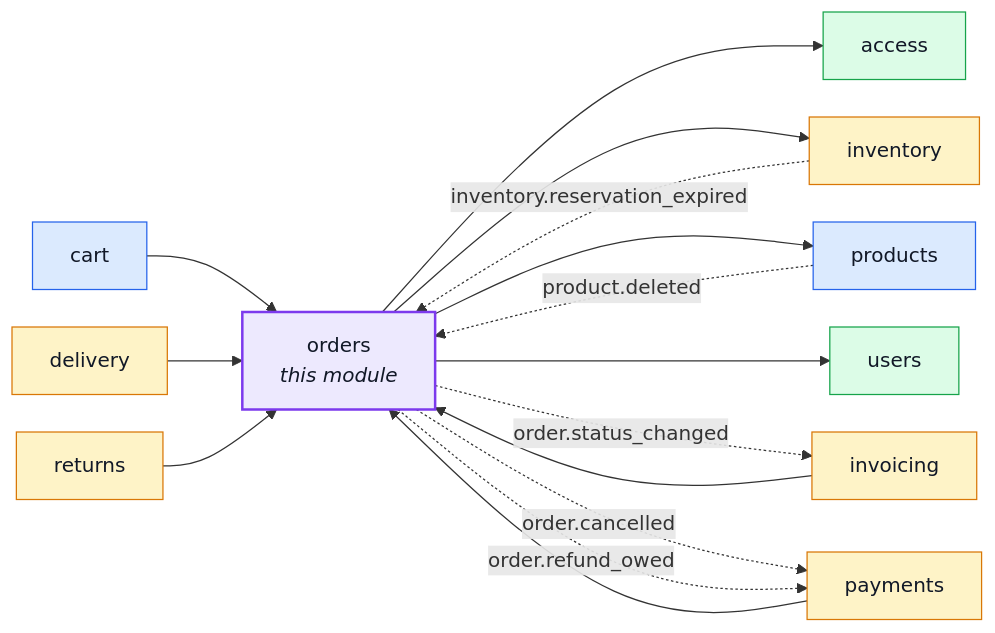
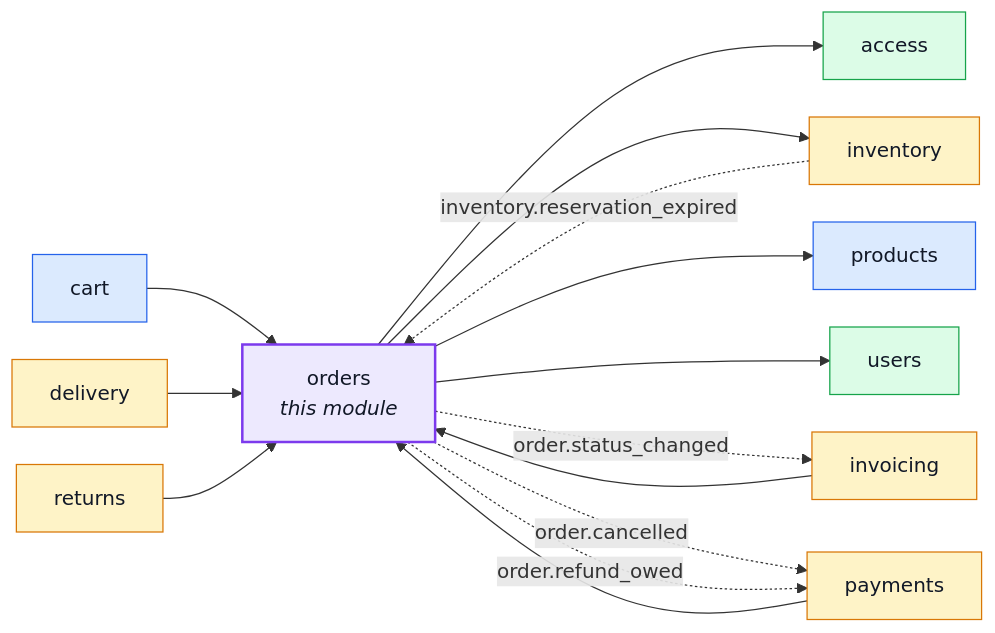
One commit to Guebbit/boilerplate-node-backend changed the first of 5 diagrams in docs/modules/orders.md. Above: the diagram before and after it, drawn with Mermaid. The commit also changed other lines of this file and 128 other files, not shown here.

````diff
--- a/docs/modules/orders.md
+++ b/docs/modules/orders.md
@@ -16,38 +16,37 @@
 ```mermaid
 %%{init: {'flowchart': {'nodeSpacing': 30, 'rankSpacing': 60}}}%%
 flowchart LR
     orders["orders<br/><i>this module</i>"]
     access["access"]
     cart["cart"]
     delivery["delivery"]
     inventory["inventory"]
     invoicing["invoicing"]
     payments["payments"]
     products["products"]
     returns["returns"]
     users["users"]
 
     cart --> orders
     delivery --> orders
     invoicing --> orders
     payments --> orders
     returns --> orders
     orders --> access
     orders --> inventory
     orders --> products
     orders --> users
     inventory -. "inventory.reservation_expired" .-> orders
-    products -. "product.deleted" .-> orders
     orders -. "order.status_changed" .-> invoicing
     orders -. "order.cancelled" .-> payments
     orders -. "order.refund_owed" .-> payments
 
     classDef core fill:#dbeafe,stroke:#2563eb,color:#111827;
     classDef supporting fill:#fef3c7,stroke:#d97706,color:#111827;
     classDef generic fill:#dcfce7,stroke:#16a34a,color:#111827;
     classDef centre fill:#ede9fe,stroke:#7c3aed,stroke-width:2px,color:#111827;
     class cart,products core;
     class delivery,inventory,invoicing,payments,returns supporting;
     class access,users generic;
     class orders centre;
 ```
````
